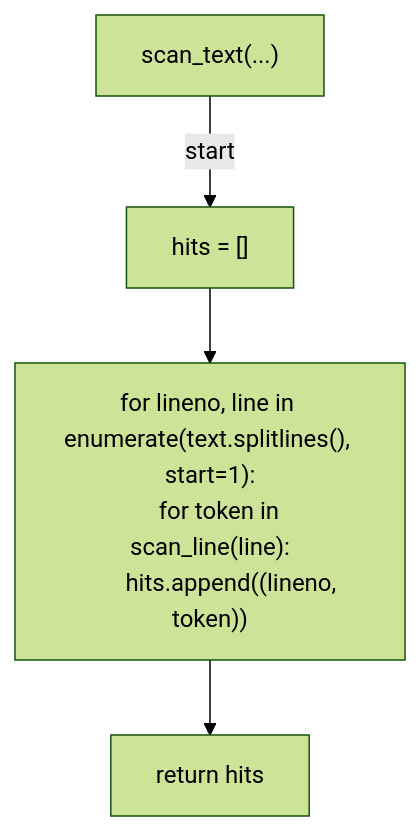
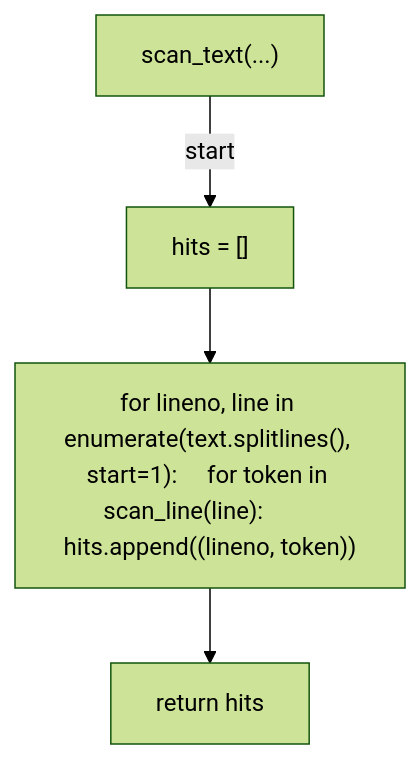
One commit to tvna/claude-md changed the second of 6 diagrams in docs/generated/scripts/ast/scan_apm_portability.md. Above: the diagram before and after it, drawn with Mermaid (forest theme). The commit also changed other lines of this file and 29 other files, not shown here.

First line of the commit message:
docs(generated): regenerate decision tree and workflow diagrams (batch 3/5)

````diff
--- a/docs/generated/scripts/ast/scan_apm_portability.md
+++ b/docs/generated/scripts/ast/scan_apm_portability.md
@@ -29,12 +26,10 @@
 ```mermaid
 flowchart TD
     N001["scan_text(...)"]
     N002["hits = []"]
-    N003["for lineno, line in enumerate(text.splitlines(), start=1):
-    for token in scan_line(line):
-        hits.append((lineno, token))"]
+    N003["for lineno, line in enumerate(text.splitlines(), start=1):     for token in scan_line(line):         hits.append((lineno, token))"]
     N004["return hits"]
     N001 -->|"start"| N002
     N002 --> N003
     N003 --> N004
 ```
````
